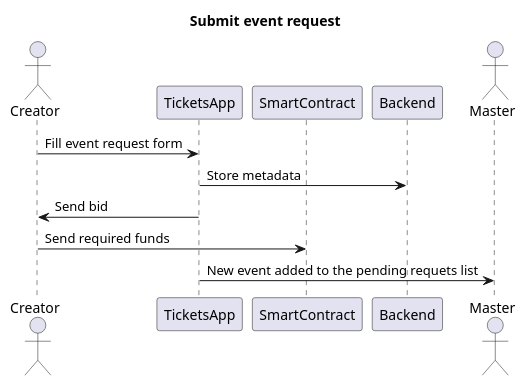
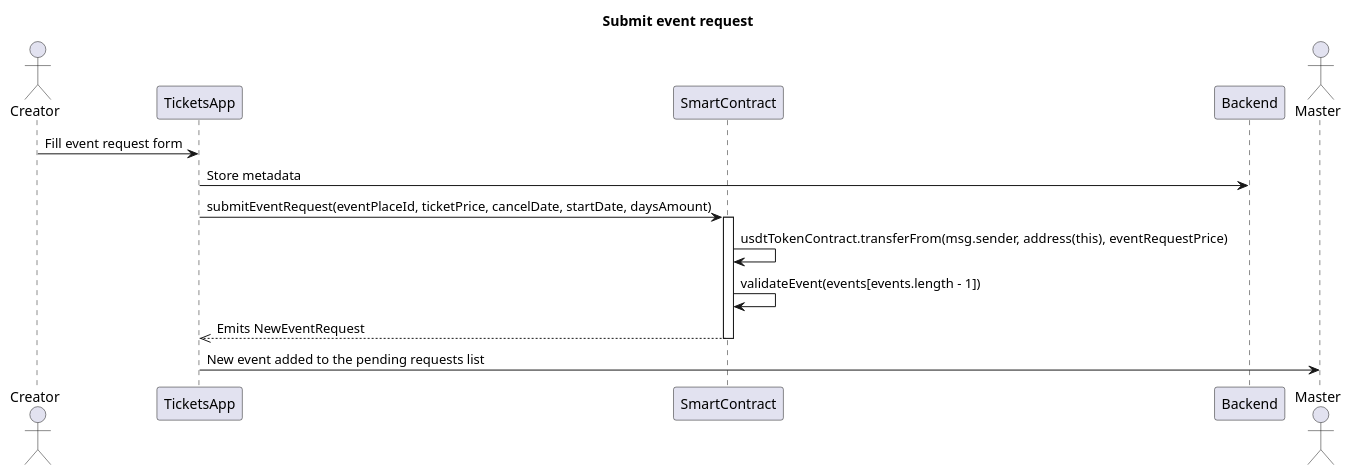
Before and after one commit to ai-shift/cyber-valley-tickets: the seventh of 26 diagrams in README.org, drawn with PlantUML. The commit also changed other lines of this file, not shown here.

```diff
--- a/README.org
+++ b/README.org
@@ -180,15 +217,19 @@
 #+begin_src plantuml :file ./img/submit-event-request.png
 title Submit event request
 
 actor Creator
 participant TicketsApp
 participant SmartContract
 participant Backend
 actor Master
 
 Creator -> TicketsApp: Fill event request form
 TicketsApp -> Backend: Store metadata
-TicketsApp -> Creator: Send bid
-Creator -> SmartContract: Send required funds
-TicketsApp -> Master: New event added to the pending requets list
+TicketsApp -> SmartContract: submitEventRequest(eventPlaceId, ticketPrice, cancelDate, startDate, daysAmount)
+activate SmartContract
+SmartContract -> SmartContract: usdtTokenContract.transferFrom(msg.sender, address(this), eventRequestPrice)
+SmartContract -> SmartContract: validateEvent(events[events.length - 1])
+SmartContract -->> TicketsApp: Emits NewEventRequest
+deactivate SmartContract
+TicketsApp -> Master: New event added to the pending requests list
 #+end_src
```
